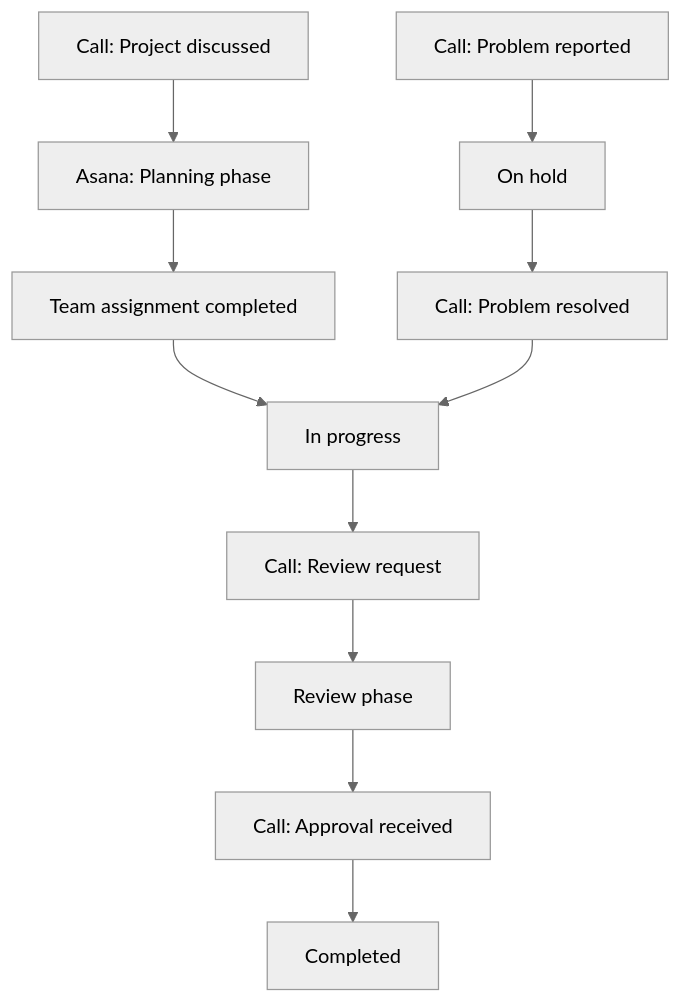
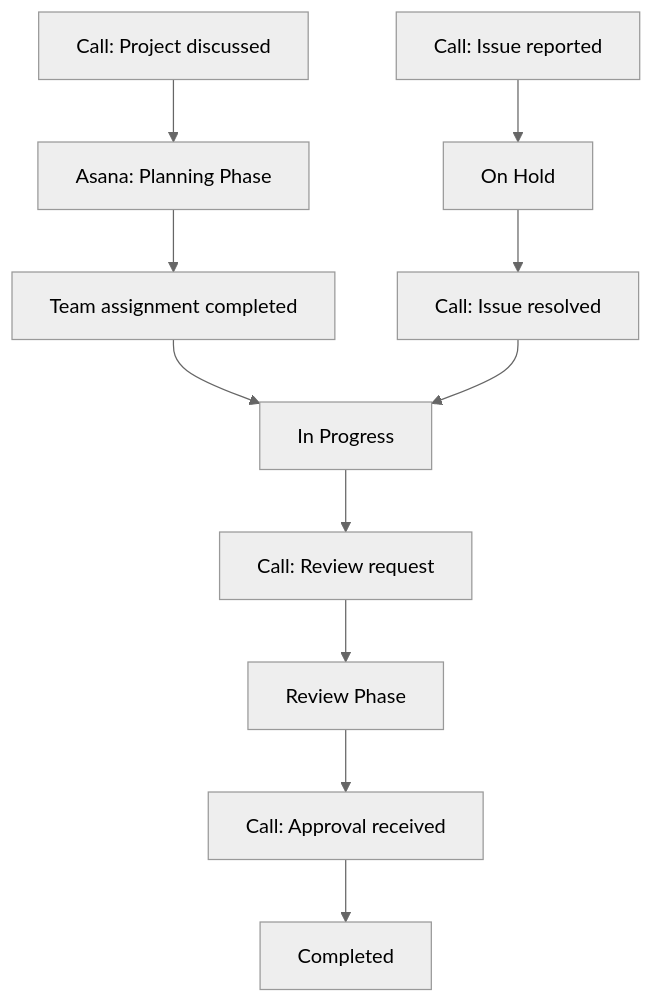
One commit to bekgroup/Famulor-docs-de changed the second of 2 diagrams in en/automation-platform/integrations/einzelintegrations/asana.mdx. Above: the diagram before and after it, drawn with Mermaid (neutral theme). The commit also changed other lines of this file and 16 other files, not shown here.

````diff
--- a/en/automation-platform/integrations/einzelintegrations/asana.mdx
+++ b/en/automation-platform/integrations/einzelintegrations/asana.mdx
@@ -212,10 +211,10 @@
 ```mermaid
 graph TD
-    A[Call: Project discussed] --> B[Asana: Planning phase]
-    B --> C[Team assignment completed] --> D[In progress]
-    D --> E[Call: Review request] --> F[Review phase]
+    A[Call: Project discussed] --> B[Asana: Planning Phase]
+    B --> C[Team assignment completed] --> D[In Progress]
+    D --> E[Call: Review request] --> F[Review Phase]
     F --> G[Call: Approval received] --> H[Completed]
     
-    I[Call: Problem reported] --> J[On hold]
-    J --> K[Call: Problem resolved] --> D
+    I[Call: Issue reported] --> J[On Hold]
+    J --> K[Call: Issue resolved] --> D
 ```
````
